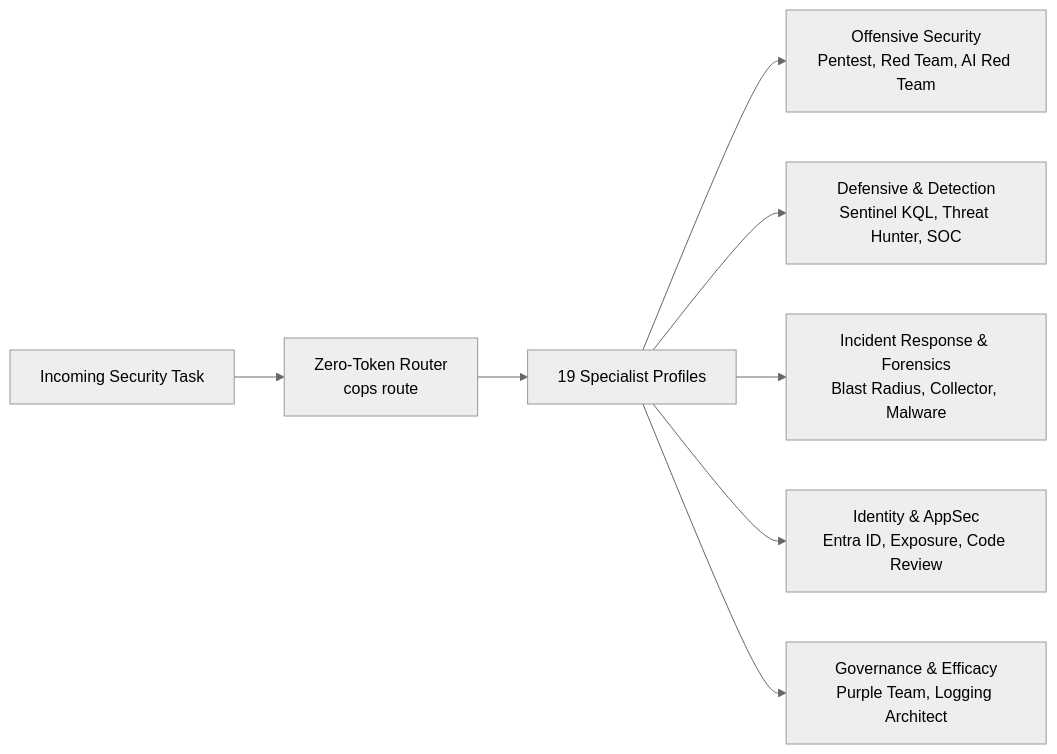
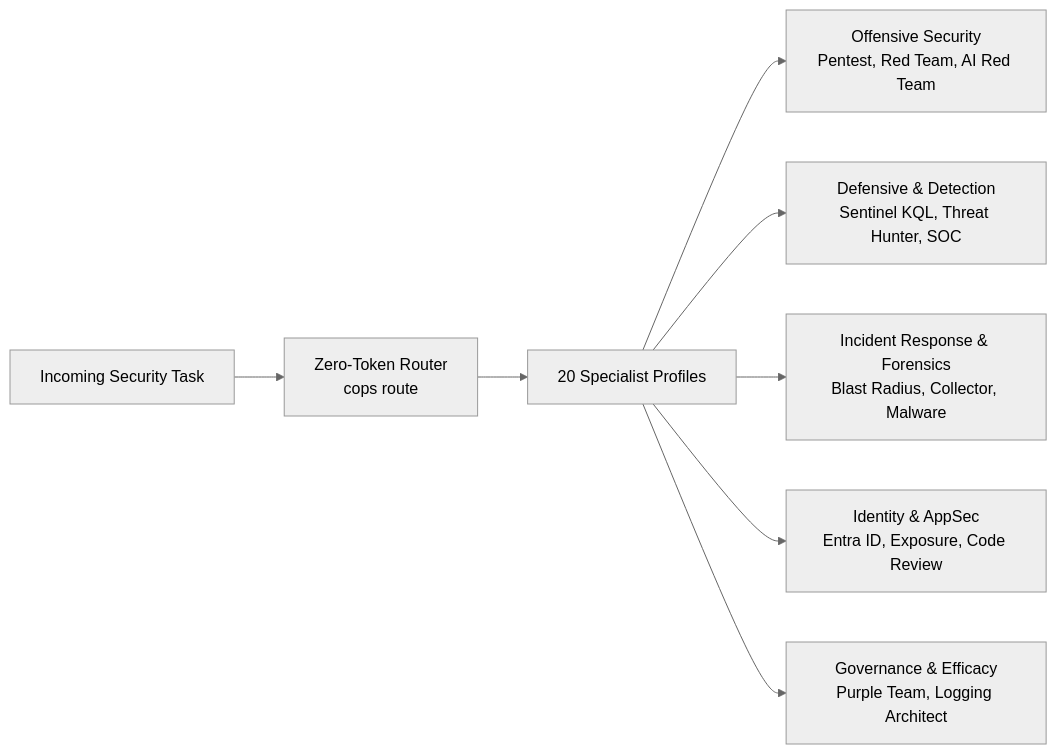
The diagram in docs/index.md (sodejm/copilot-operation-plugin-for-security), drawn with Mermaid (neutral theme) before and after one commit. The commit also changed other lines of this file and 43 other files, not shown here.

````diff
--- a/docs/index.md
+++ b/docs/index.md
@@ -108,10 +108,10 @@
 ```mermaid
 flowchart LR
     TASK["Incoming Security Task"] --> ROUTER["Zero-Token Router<br/>cops route"]
-    ROUTER --> SPEC["19 Specialist Profiles"]
+    ROUTER --> SPEC["20 Specialist Profiles"]
     SPEC --> OFF["Offensive Security<br/>Pentest, Red Team, AI Red Team"]
     SPEC --> DEF["Defensive & Detection<br/>Sentinel KQL, Threat Hunter, SOC"]
     SPEC --> DFIR["Incident Response & Forensics<br/>Blast Radius, Collector, Malware"]
     SPEC --> IAM["Identity & AppSec<br/>Entra ID, Exposure, Code Review"]
     SPEC --> GOV["Governance & Efficacy<br/>Purple Team, Logging Architect"]
 ```
````
